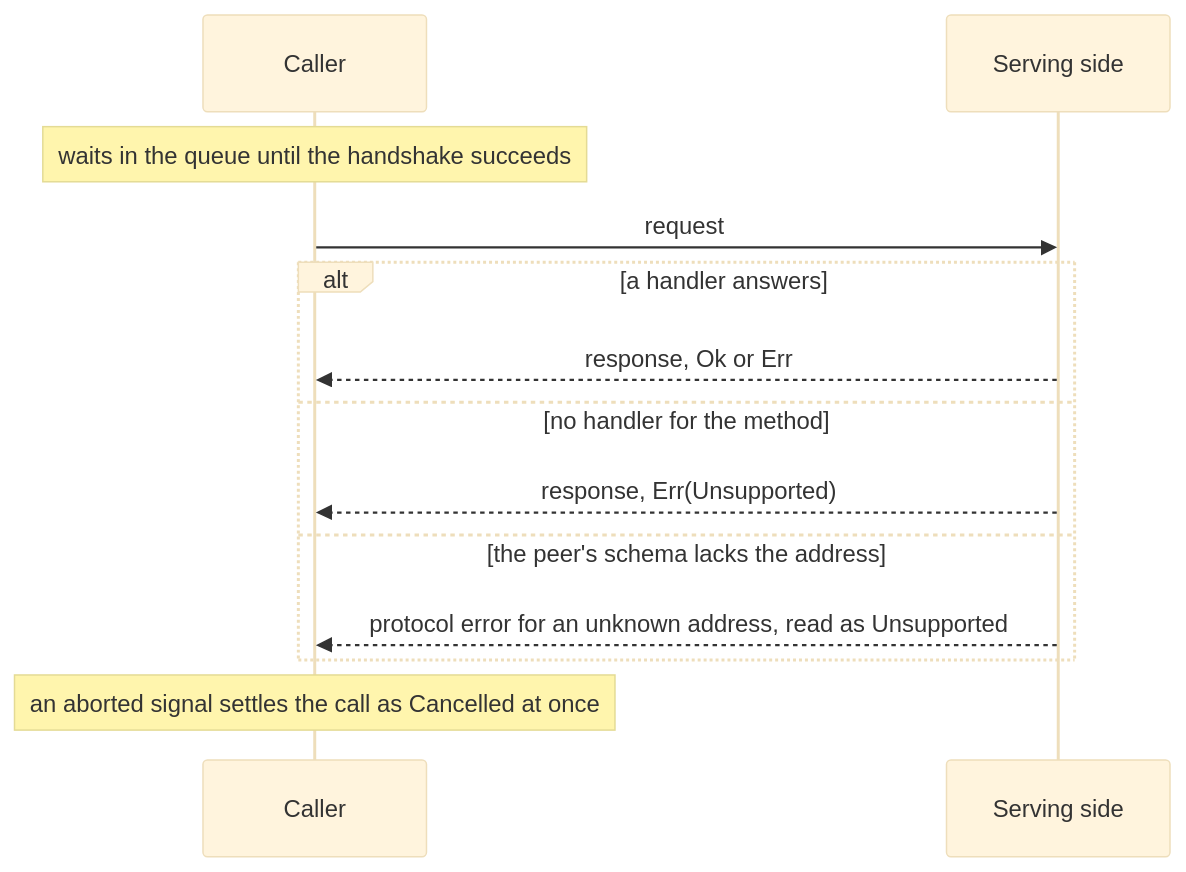
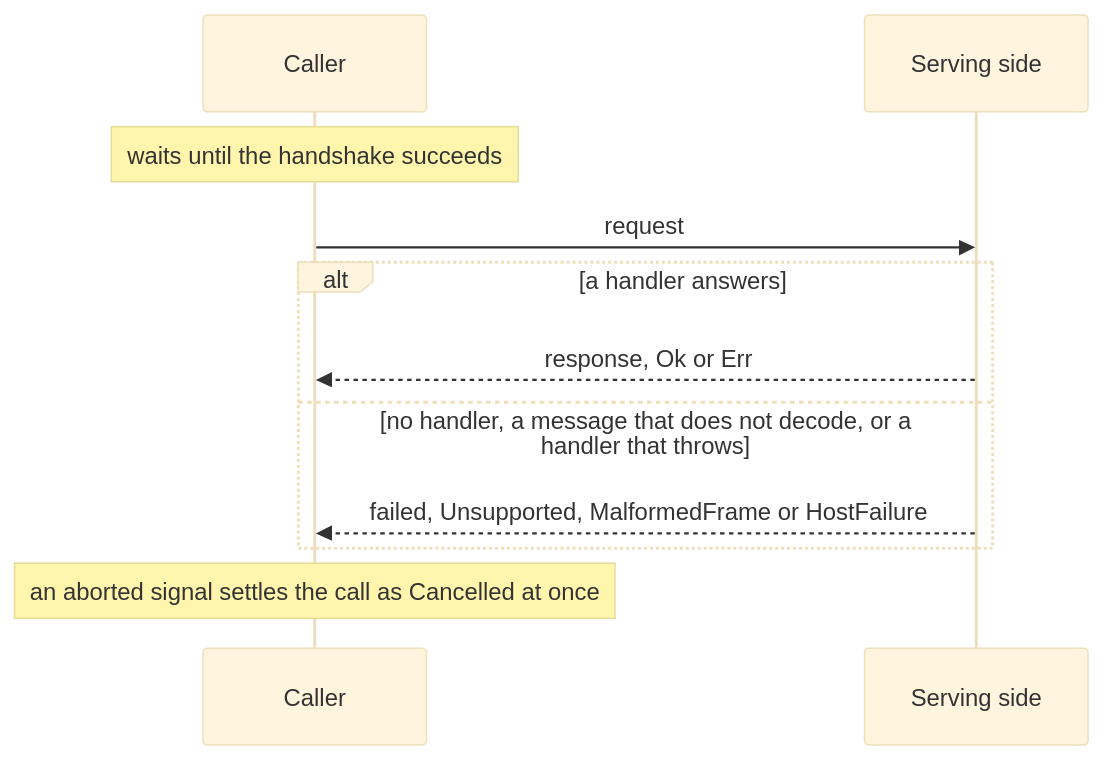
One commit to paritytech/dotli-community changed the second of 3 diagrams in packages/transport/README.md. Above: the diagram before and after it, drawn with Mermaid (base theme). The commit also changed other lines of this file and 81 other files, not shown here.

````diff
--- a/packages/transport/README.md
+++ b/packages/transport/README.md
@@ -63,15 +54,13 @@
 ```mermaid
 sequenceDiagram
   participant C as Caller
   participant H as Serving side
-  Note over C: waits in the queue until the handshake succeeds
+  Note over C: waits until the handshake succeeds
   C->>H: request
   alt a handler answers
     H-->>C: response, Ok or Err
-  else no handler for the method
-    H-->>C: response, Err(Unsupported)
-  else the peer's schema lacks the address
-    H-->>C: protocol error for an unknown address, read as Unsupported
+  else no handler, a message that does not decode, or a handler that throws
+    H-->>C: failed, Unsupported, MalformedFrame or HostFailure
   end
   Note over C: an aborted signal settles the call as Cancelled at once
 ```
````
